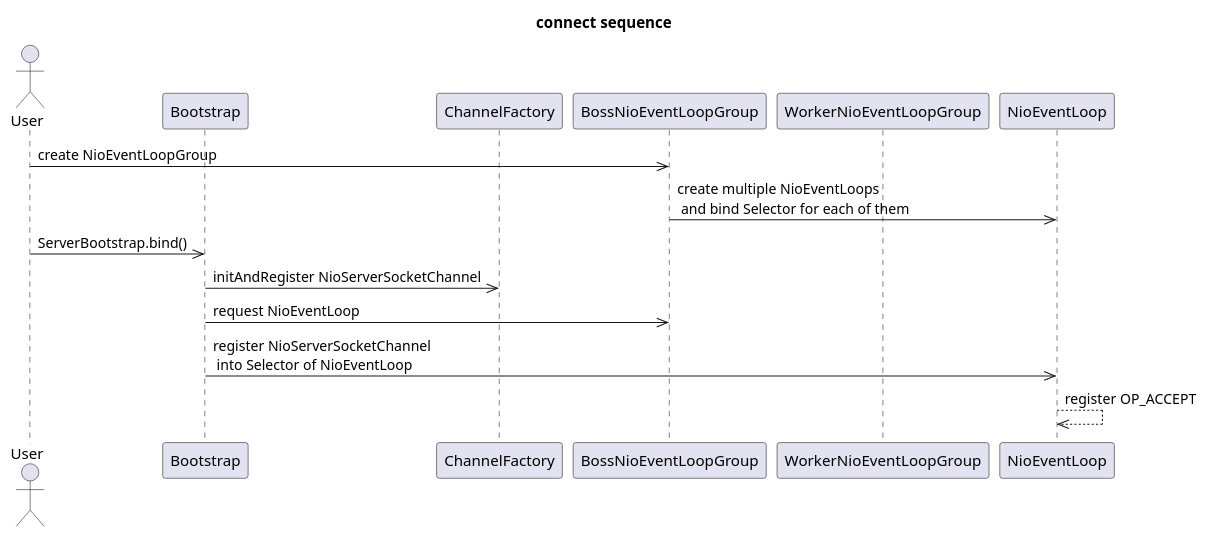
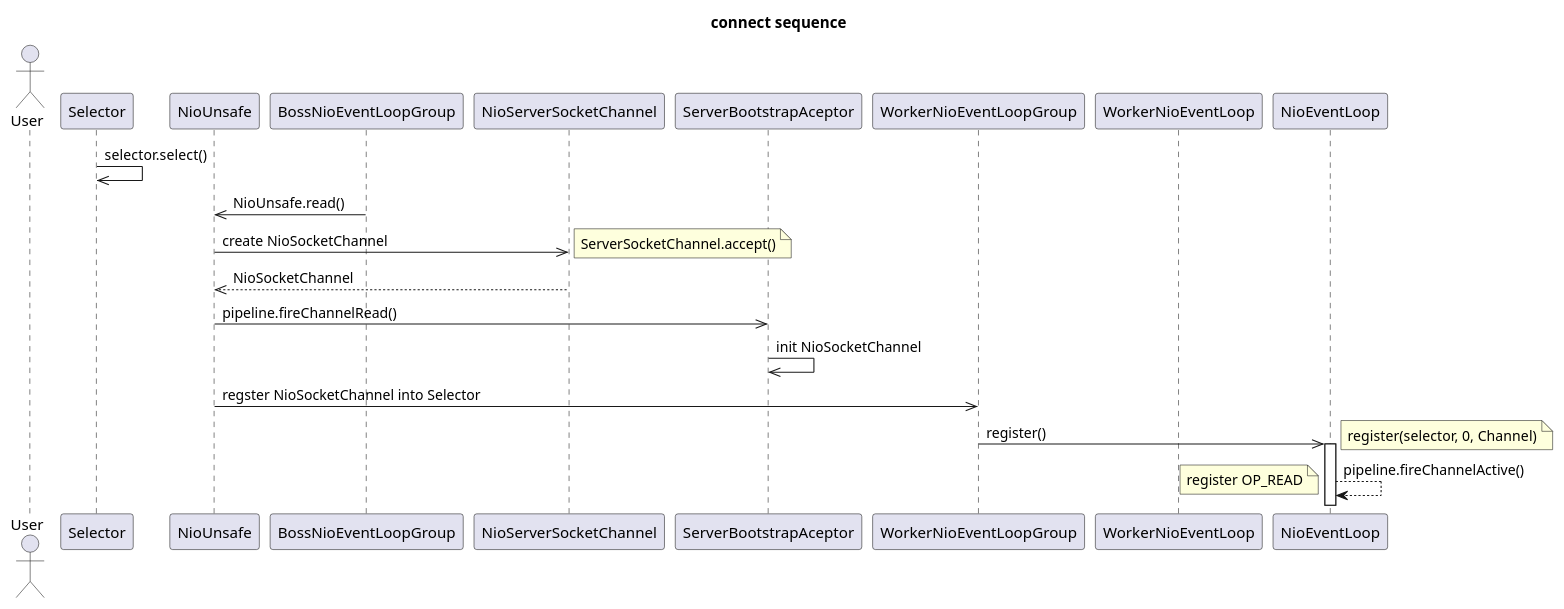
One commit to Robinpig/Note changed the second of 6 diagrams in docs/CS/Java/Netty/Netty.md. Above: the diagram before and after it, drawn with PlantUML. The commit also changed other lines of this file and 6 other files, not shown here.

````diff
--- a/docs/CS/Java/Netty/Netty.md
+++ b/docs/CS/Java/Netty/Netty.md
@@ -75,16 +79,25 @@
 ```plantuml
 title: connect sequence
 actor User
-participant Bootstrap as sb
-participant ChannelFactory as cf
-participant BossNioEventLoopGroup as we
+participant Selector as sr
+participant NioUnsafe as us
+participant BossNioEventLoopGroup as bg
+participant NioServerSocketChannel as sc
+participant ServerBootstrapAceptor as sa
 participant WorkerNioEventLoopGroup as wg
-participant NioEventLoop as bl
-User ->> we: create NioEventLoopGroup
-we ->> bl: create multiple NioEventLoops \n and bind Selector for each of them
-User ->> sb: ServerBootstrap.bind()
-sb ->> cf: initAndRegister NioServerSocketChannel
-sb ->> we: request NioEventLoop
-sb ->> bl: register NioServerSocketChannel \n into Selector of NioEventLoop
-bl -->> bl: register OP_ACCEPT
+participant WorkerNioEventLoop as wl
+participant NioEventLoop as el
+sr ->> sr: selector.select()
+bg ->> us: NioUnsafe.read()
+us ->> sc: create NioSocketChannel
+note right: ServerSocketChannel.accept()
+sc -->> us: NioSocketChannel
+us ->> sa: pipeline.fireChannelRead()
+sa ->> sa: init NioSocketChannel
+us ->> wg: regster NioSocketChannel into Selector
+wg ->> el: register()
+activate el
+note right: register(selector, 0, Channel)
+el --> el: pipeline.fireChannelActive()
+note left: register OP_READ
 ```
````
